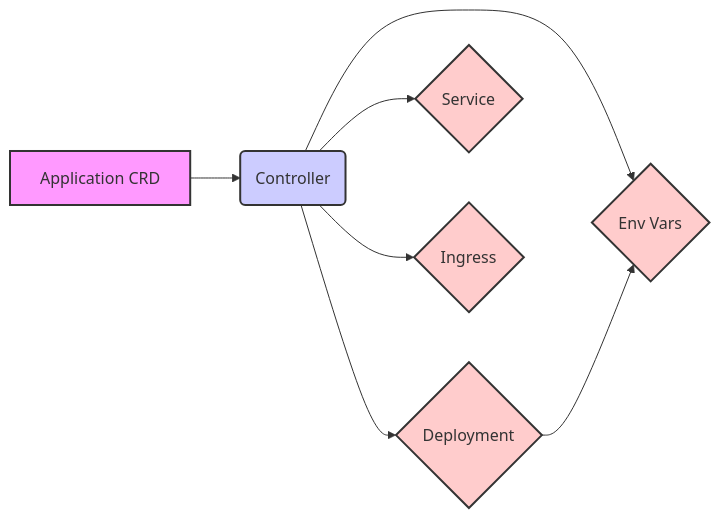
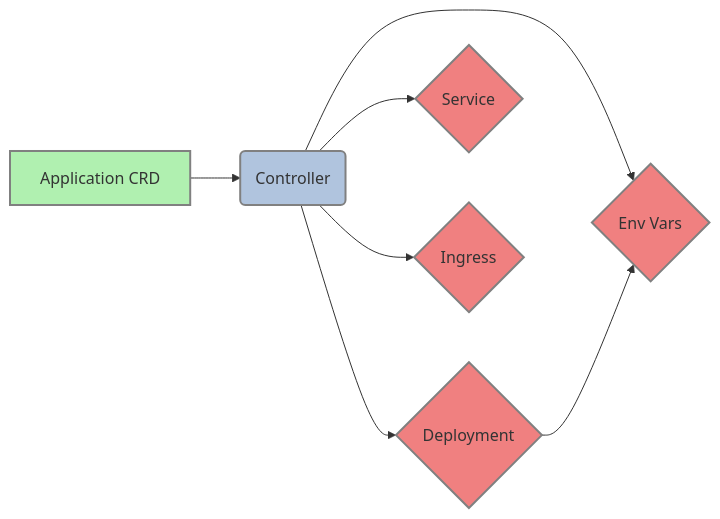
Before and after one commit to sakiib/application-lifecycle-manager: the diagram in README.md, drawn with Mermaid.

Commit message:
fix lint errors

````diff
--- a/README.md
+++ b/README.md
@@ -63,15 +63,15 @@
 ```mermaid
 graph LR
     A[Application CRD] --> B(Controller);
     B --> C{Deployment};
     B --> D{Service};
     B --> E{Ingress};
     B --> F{Env Vars};
     C --> F{Env Vars};
-    style A fill:#f9f,stroke:#333,stroke-width:2px
-    style B fill:#ccf,stroke:#333,stroke-width:2px
-    style C fill:#fcc,stroke:#333,stroke-width:2px
-    style D fill:#fcc,stroke:#333,stroke-width:2px
-    style E fill:#fcc,stroke:#333,stroke-width:2px
-    style F fill:#fcc,stroke:#333,stroke-width:2px
+    style A fill:#b0f0b0,stroke:#808080,stroke-width:2px
+    style B fill:#b0c4de,stroke:#808080,stroke-width:2px
+    style C fill:#f08080,stroke:#808080,stroke-width:2px
+    style D fill:#f08080,stroke:#808080,stroke-width:2px
+    style E fill:#f08080,stroke:#808080,stroke-width:2px
+    style F fill:#f08080,stroke:#808080,stroke-width:2px
 ```
````
